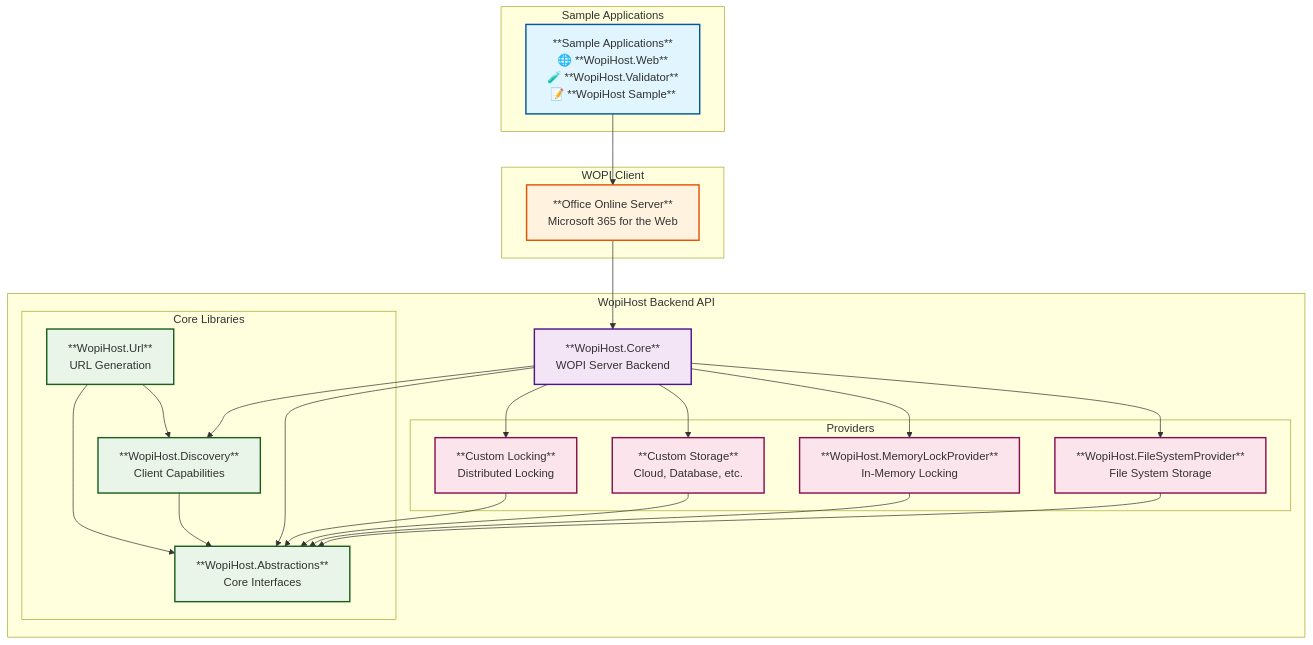
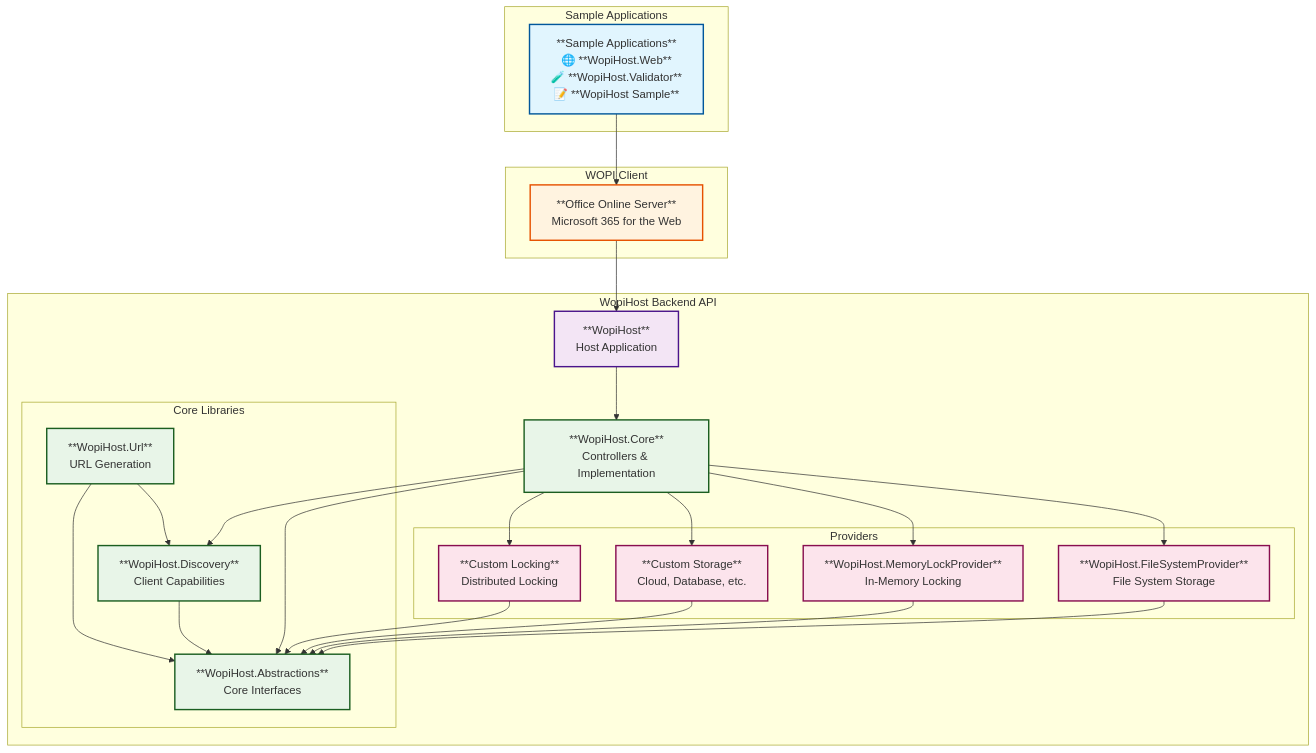
The diagram in README.md (petrsvihlik/WopiHost), drawn with Mermaid before and after one commit.

Commit message:
formatting

````diff
--- a/README.md
+++ b/README.md
@@ -30,67 +30,73 @@
 ```mermaid
 graph TB
     subgraph "Sample Applications"
         SampleApps["**Sample Applications**<br/>🌐 **WopiHost.Web**<br/>🧪 **WopiHost.Validator**<br/>📝 **WopiHost Sample**"]
     end
     
     subgraph "WOPI Client"
         OOS["**Office Online Server**<br/>Microsoft 365 for the Web"]
     end
     
     subgraph "WopiHost Backend API"
-        Core["**WopiHost.Core**<br/>WOPI Server Backend"]
+        WopiHost["**WopiHost**<br/>Host Application"]
+        Core["**WopiHost.Core**<br/>Controllers & Implementation"]
         
         subgraph "Core Libraries"
             Abstractions["**WopiHost.Abstractions**<br/>Core Interfaces"]
             Discovery["**WopiHost.Discovery**<br/>Client Capabilities"]
             Url["**WopiHost.Url**<br/>URL Generation"]
         end
         
         subgraph "Providers"
             FileSystem["**WopiHost.FileSystemProvider**<br/>File System Storage"]
             MemoryLock["**WopiHost.MemoryLockProvider**<br/>In-Memory Locking"]
             CustomStorage["**Custom Storage**<br/>Cloud, Database, etc."]
             CustomLock["**Custom Locking**<br/>Distributed Locking"]
         end
     end
     
     %% Sample apps embed WOPI client
     SampleApps --> OOS
     
     %% WOPI client depends on WopiHost backend
-    OOS --> Core
+    OOS --> WopiHost
+    
+    %% WopiHost host app uses Core implementation
+    WopiHost --> Core
     
     %% Core dependencies
     Core --> Abstractions
     Core --> Discovery
     
     %% Library dependencies
     Discovery --> Abstractions
     Url --> Discovery
     Url --> Abstractions
     
     %% Provider implementations
     FileSystem --> Abstractions
     MemoryLock --> Abstractions
     CustomStorage --> Abstractions
     CustomLock --> Abstractions
     
     %% Core uses providers
     Core --> FileSystem
     Core --> MemoryLock
     Core --> CustomStorage
     Core --> CustomLock
     
     %% Styling
     classDef sampleApp fill:#e1f5fe,stroke:#01579b,stroke-width:2px
     classDef wopiClient fill:#fff3e0,stroke:#e65100,stroke-width:2px
-    classDef coreModule fill:#f3e5f5,stroke:#4a148c,stroke-width:2px
+    classDef hostApp fill:#f3e5f5,stroke:#4a148c,stroke-width:2px
+    classDef coreModule fill:#e8f5e8,stroke:#1b5e20,stroke-width:2px
     classDef libraryModule fill:#e8f5e8,stroke:#1b5e20,stroke-width:2px
     classDef providerModule fill:#fce4ec,stroke:#880e4f,stroke-width:2px
     
     class SampleApps sampleApp
     class OOS wopiClient
+    class WopiHost hostApp
     class Core coreModule
     class Abstractions,Discovery,Url libraryModule
     class FileSystem,MemoryLock,CustomStorage,CustomLock providerModule
 ```
````
